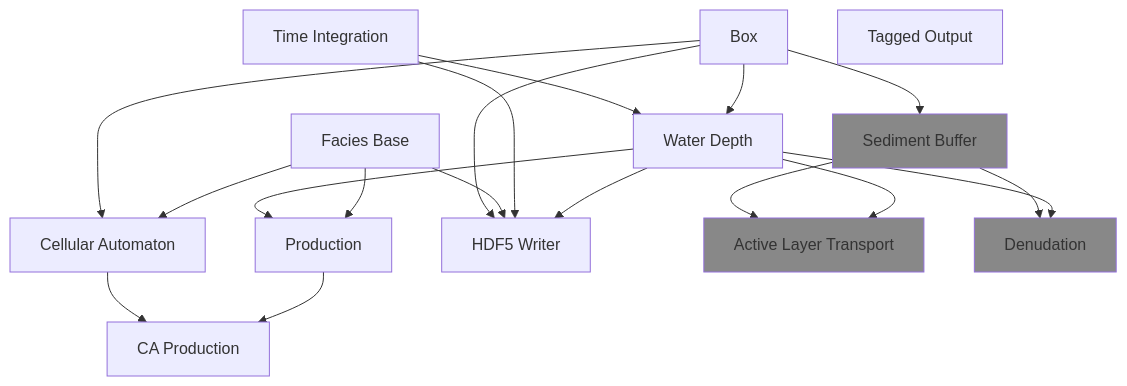
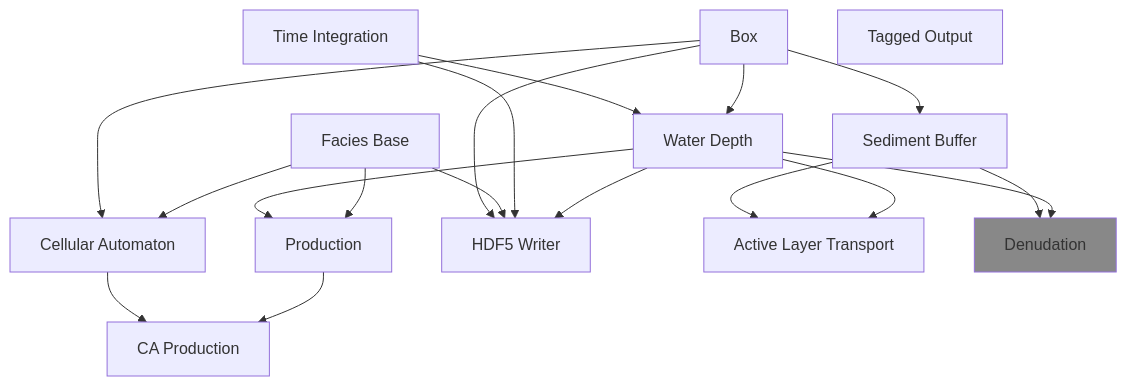
The diagram in docs/src/components/components.md (MindTheGap-ERC/CarboKitten.jl), drawn with Mermaid before and after one commit. The commit also changed other lines of this file and 12 other files, not shown here.

Commit message:
get wheeler diagram working again

````diff
--- a/docs/src/components/components.md
+++ b/docs/src/components/components.md
@@ -5,42 +7,42 @@
 ```mermaid
 graph TD;
     classDef nyi fill:#888;
 
     time[Time Integration]
     facies[Facies Base]
     box[Box]
     water_depth[Water Depth]
     uniform_production[Production]
     cellular_automaton[Cellular Automaton]
     ca_production[CA Production]
     h5writer[HDF5 Writer]
     tag[Tagged Output]
 
     sediment_buffer[Sediment Buffer]
     active_layer_transport[Active Layer Transport]
     denudation[Denudation]
-    class sediment_buffer,active_layer_transport,denudation nyi;
+    class denudation nyi;
 
     time --> water_depth
     box --> water_depth
 
     water_depth --> uniform_production
     facies --> uniform_production
 
     box --> cellular_automaton
     facies --> cellular_automaton
 
     cellular_automaton --> ca_production
     uniform_production --> ca_production
 
     box --> sediment_buffer
     sediment_buffer --> active_layer_transport
     water_depth --> active_layer_transport
     sediment_buffer --> denudation
     water_depth --> denudation
 
     box --> h5writer
     facies --> h5writer
     time --> h5writer
     water_depth --> h5writer
 ```
````
